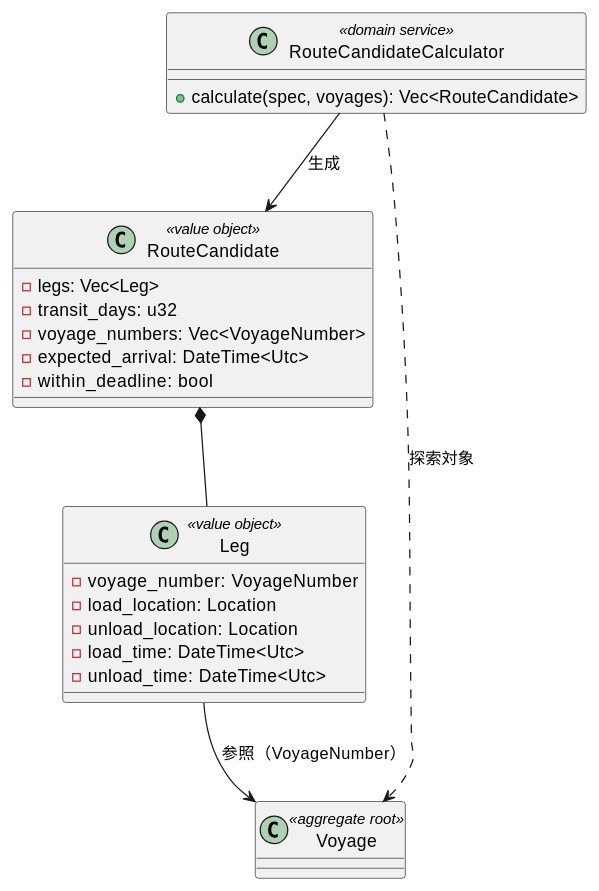
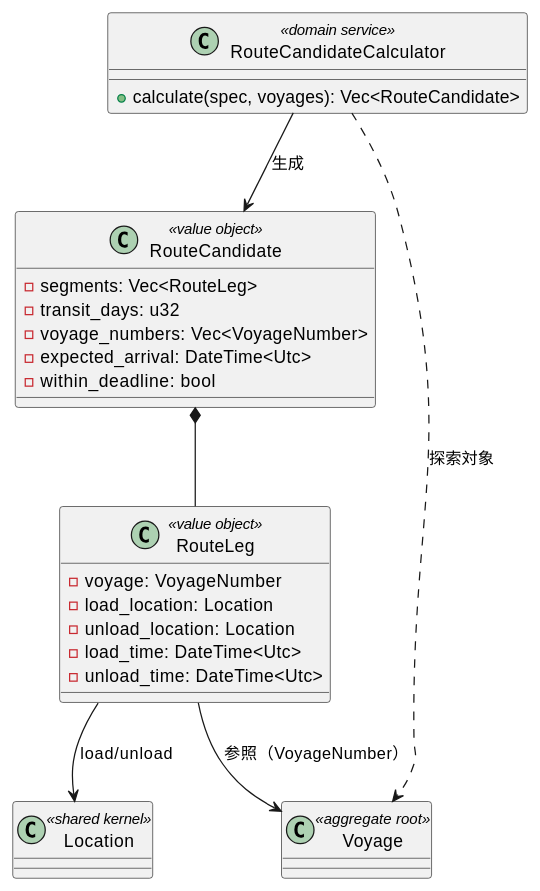
The third of 5 diagrams in docs/development/iteration_plan-3.md (k2works/case-study-cargo-tracker), drawn with PlantUML before and after one commit. The commit also changed other lines of this file, not shown here.

Commit message:
docs(development): IT3 計画の整合性検証で検出した不整合を修正
- BC 独立性: RouteCandidate のセグメントを Booking の Leg 直接共有から
  Routing 固有の RouteLeg に変更（domain-routing→domain-booking 依存を回避、
  IT2 の CargoType 固有型化と一貫）
- ui_design との差分注記: US09 確定→RouteProposed 反映は US11(IT4) との境界を明示
- IT2 繰り越しの Vec<Role> 型化が意識的保留である旨を明記

````diff
--- a/docs/development/iteration_plan-3.md
+++ b/docs/development/iteration_plan-3.md
@@ -192,27 +194,29 @@
 ```plantuml
 @startuml
 class RouteCandidateCalculator <<domain service>> {
   +calculate(spec, voyages): Vec<RouteCandidate>
 }
 class RouteCandidate <<value object>> {
-  -legs: Vec<Leg>
+  -segments: Vec<RouteLeg>
   -transit_days: u32
   -voyage_numbers: Vec<VoyageNumber>
   -expected_arrival: DateTime<Utc>
   -within_deadline: bool
 }
-class Leg <<value object>> {
-  -voyage_number: VoyageNumber
+class RouteLeg <<value object>> {
+  -voyage: VoyageNumber
   -load_location: Location
   -unload_location: Location
   -load_time: DateTime<Utc>
   -unload_time: DateTime<Utc>
 }
 class Voyage <<aggregate root>>
+class Location <<shared kernel>>
 
 RouteCandidateCalculator ..> Voyage : 探索対象
 RouteCandidateCalculator --> RouteCandidate : 生成
-RouteCandidate *-- Leg
-Leg --> Voyage : 参照（VoyageNumber）
+RouteCandidate *-- RouteLeg
+RouteLeg --> Location : load/unload
+RouteLeg --> Voyage : 参照（VoyageNumber）
 @enduml
 ```
````
